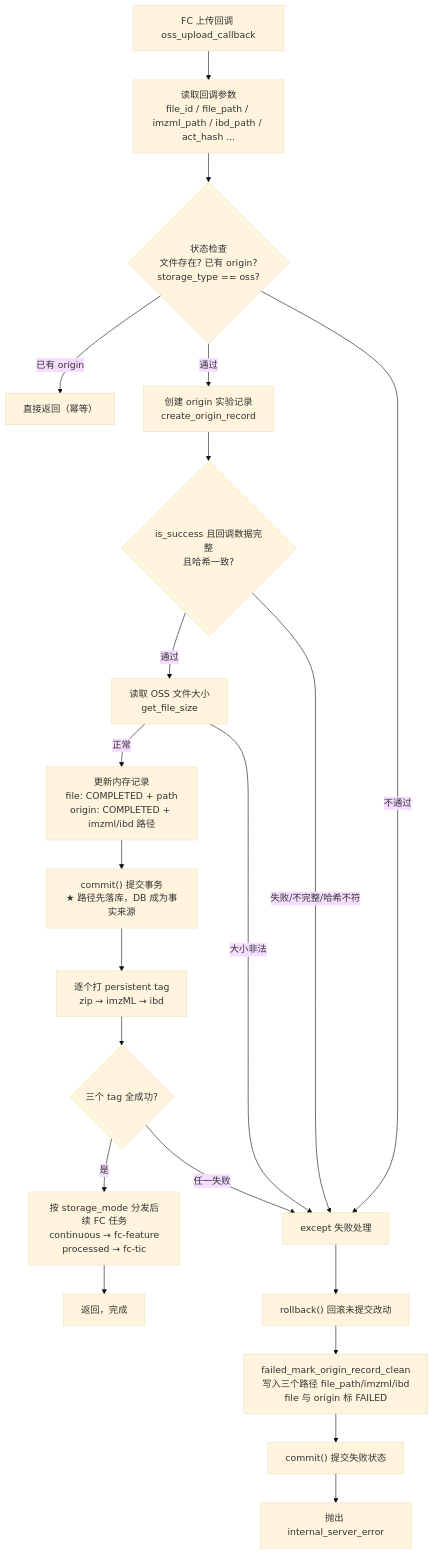
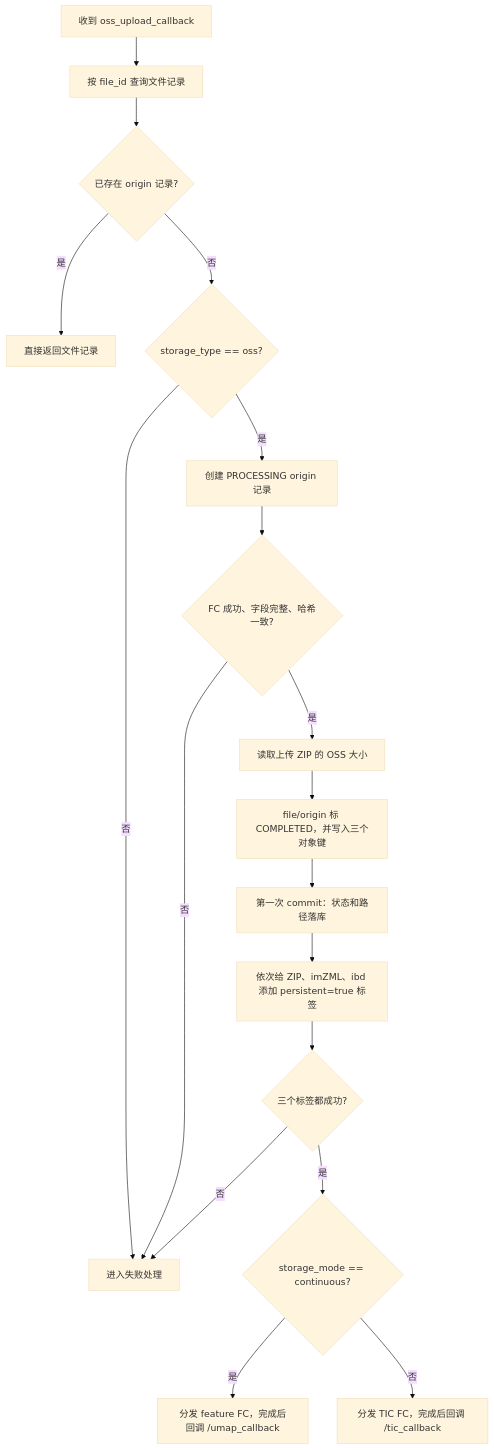
One commit to NeoNexusX/Kawaru changed the first of 2 diagrams in docs/zh/上传回调流程.md. Above: the diagram before and after it, drawn with Mermaid (base theme). The commit also changed other lines of this file and 40 other files, not shown here.

````diff
--- a/docs/zh/上传回调流程.md
+++ b/docs/zh/上传回调流程.md
@@ -7,27 +16,20 @@
 ```mermaid
 flowchart TD
-    A["FC 上传回调 oss_upload_callback"] --> B["读取回调参数<br/>file_id / file_path / imzml_path / ibd_path / act_hash ..."]
-    B --> C{"状态检查<br/>文件存在? 已有 origin?<br/>storage_type == oss?"}
-    C -- "已有 origin" --> C1["直接返回（幂等）"]
-    C -- "不通过" --> EX["进入 except 失败处理"]
-    C -- "通过" --> D["创建 origin 实验记录<br/>create_origin_record"]
-
-    D --> E{"is_success 且回调数据完整<br/>且哈希一致?"}
-    E -- "失败/不完整/哈希不符" --> EX
-    E -- "通过" --> F["读取 OSS 文件大小<br/>get_file_size"]
-    F -- "大小非法" --> EX
-    F -- "正常" --> G["更新内存记录<br/>file: COMPLETED + path<br/>origin: COMPLETED + imzml/ibd 路径"]
-
-    G --> H["commit() 提交事务<br/>★ 路径先落库，DB 成为事实来源"]
-    H --> I["逐个打 persistent tag<br/>zip → imzML → ibd"]
-
-    I --> J{"三个 tag 全成功?"}
-    J -- "是" --> K["按 storage_mode 分发后续 FC 任务<br/>continuous → fc-feature<br/>processed → fc-tic"]
-    K --> L["返回，完成"]
-    J -- "任一失败" --> EX
-
-    EX["except 失败处理"] --> EX1["rollback() 回滚未提交改动"]
-    EX1 --> EX2["failed_mark_origin_record_clean<br/>写入三个路径 file_path/imzml/ibd<br/>file 与 origin 标 FAILED"]
-    EX2 --> EX3["commit() 提交失败状态"]
-    EX3 --> EX4["抛出 internal_server_error"]
+    A["收到 oss_upload_callback"] --> B["按 file_id 查询文件记录"]
+    B --> C{"已存在 origin 记录?"}
+    C -- "是" --> C1["直接返回文件记录"]
+    C -- "否" --> D{"storage_type == oss?"}
+    D -- "否" --> X["进入失败处理"]
+    D -- "是" --> E["创建 PROCESSING origin 记录"]
+    E --> F{"FC 成功、字段完整、哈希一致?"}
+    F -- "否" --> X
+    F -- "是" --> G["读取上传 ZIP 的 OSS 大小"]
+    G --> H["file/origin 标 COMPLETED，并写入三个对象键"]
+    H --> I["第一次 commit：状态和路径落库"]
+    I --> J["依次给 ZIP、imZML、ibd 添加 persistent=true 标签"]
+    J --> K{"三个标签都成功?"}
+    K -- "否" --> X
+    K -- "是" --> L{"storage_mode == continuous?"}
+    L -- "是" --> M["分发 feature FC，完成后回调 /umap_callback"]
+    L -- "否" --> N["分发 TIC FC，完成后回调 /tic_callback"]
 ```
````
